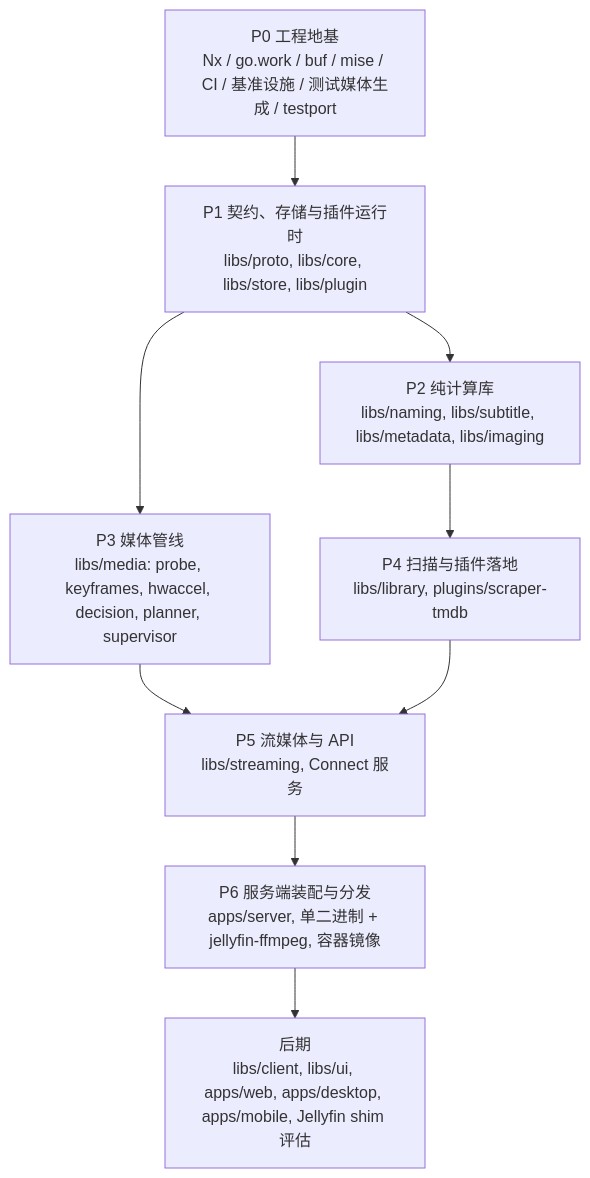
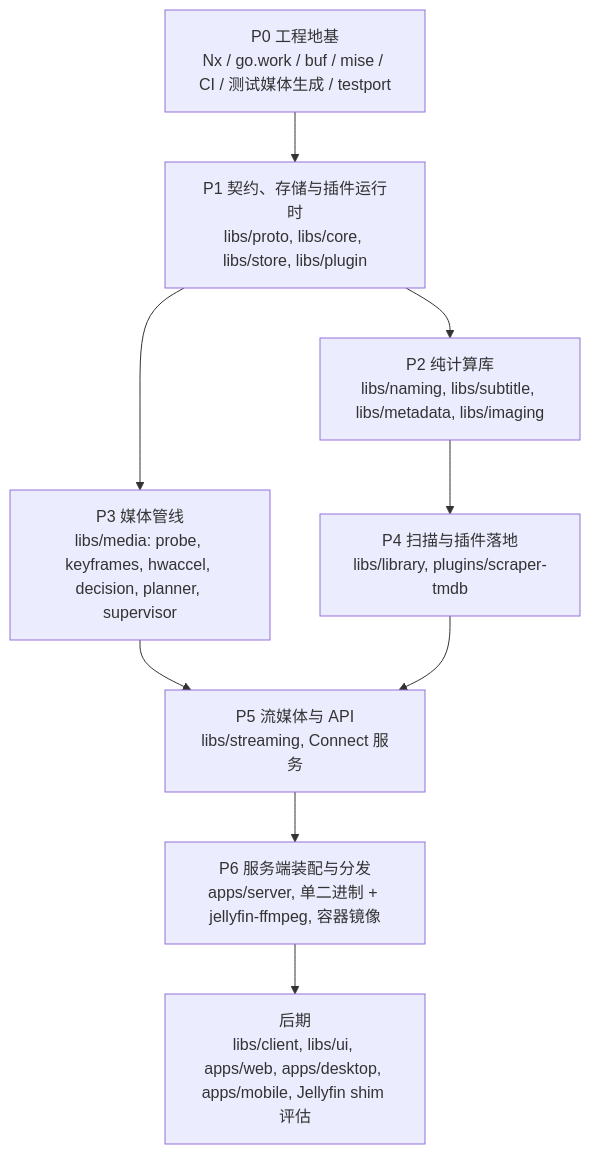
One commit to mavioai/mavio changed the diagram in docs/roadmap.zh-CN.md. Above: the diagram before and after it, drawn with Mermaid. The commit also changed other lines of this file and 11 other files, not shown here.

````diff
--- a/docs/roadmap.zh-CN.md
+++ b/docs/roadmap.zh-CN.md
@@ -22,20 +19,20 @@
 ```mermaid
 flowchart TD
-    P0["P0 工程地基<br/>Nx / go.work / buf / mise / CI / 基准设施 / 测试媒体生成 / testport"]
+    P0["P0 工程地基<br/>Nx / go.work / buf / mise / CI / 测试媒体生成 / testport"]
     P1["P1 契约、存储与插件运行时<br/>libs/proto, libs/core, libs/store, libs/plugin"]
     P2["P2 纯计算库<br/>libs/naming, libs/subtitle, libs/metadata, libs/imaging"]
     P3["P3 媒体管线<br/>libs/media: probe, keyframes, hwaccel, decision, planner, supervisor"]
     P4["P4 扫描与插件落地<br/>libs/library, plugins/scraper-tmdb"]
     P5["P5 流媒体与 API<br/>libs/streaming, Connect 服务"]
     P6["P6 服务端装配与分发<br/>apps/server, 单二进制 + jellyfin-ffmpeg, 容器镜像"]
     P7["后期<br/>libs/client, libs/ui, apps/web, apps/desktop, apps/mobile, Jellyfin shim 评估"]
 
     P0 --> P1
     P1 --> P2
     P1 --> P3
     P2 --> P4
     P3 --> P5
     P4 --> P5
     P5 --> P6
     P6 --> P7
 ```
````
